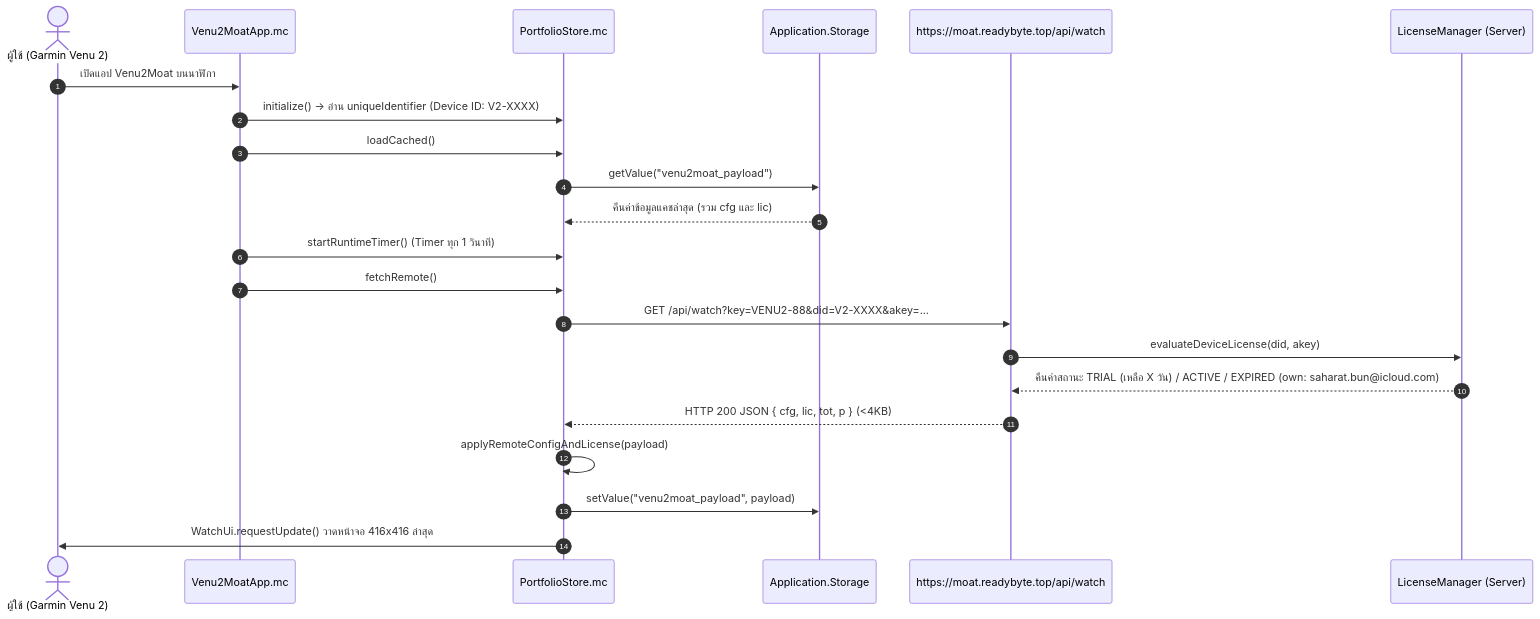
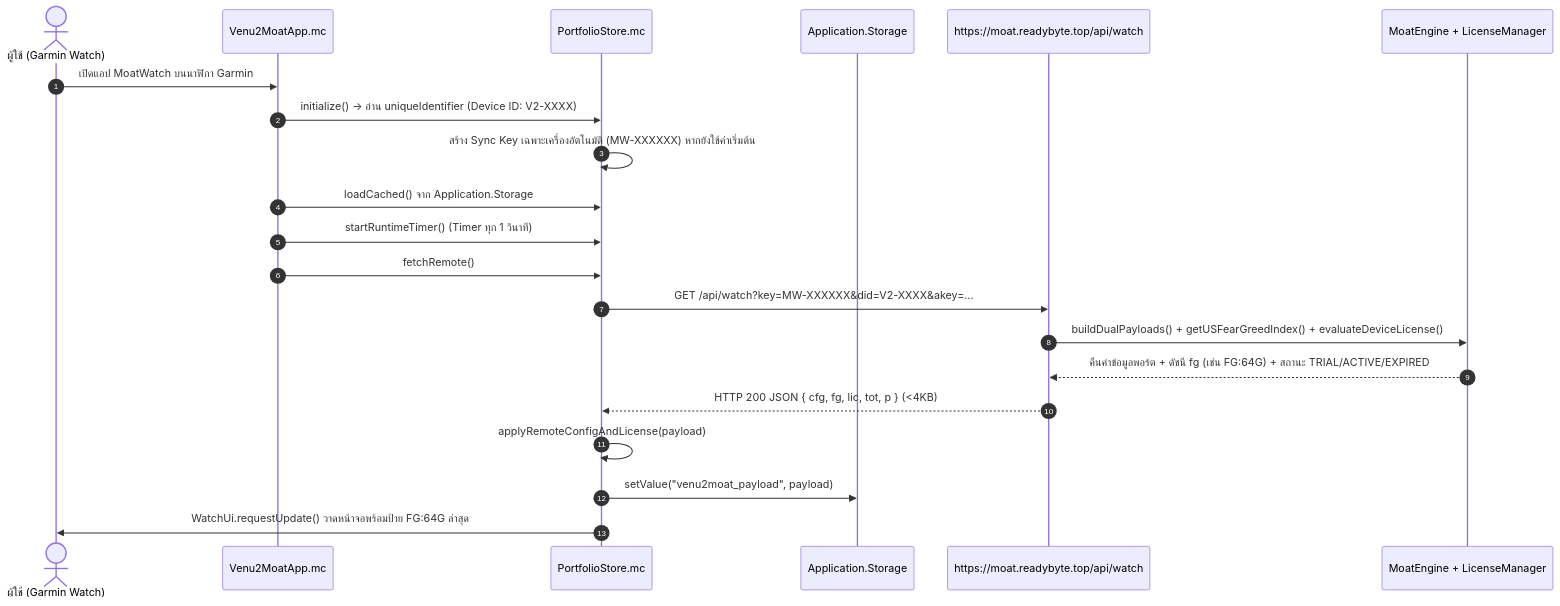
The second of 5 diagrams in docs/03-APP-FLOW-AND-LOGIC-FLOW.md (e24qdy2/garmin-venu2-moat), drawn with Mermaid before and after one commit. The commit also changed other lines of this file and 46 other files, not shown here.

Commit message:
docs & feat: update MoatWatch GitHub reports, Garmin multi-device UI wording, Daily US Fear & Greed Index (FG:xx), and Connect IQ Store assets

````diff
--- a/docs/03-APP-FLOW-AND-LOGIC-FLOW.md
+++ b/docs/03-APP-FLOW-AND-LOGIC-FLOW.md
@@ -52,25 +54,24 @@
 ```mermaid
 sequenceDiagram
     autonumber
-    actor User as ผู้ใช้ (Garmin Venu 2)
+    actor User as ผู้ใช้ (Garmin Watch)
     participant App as Venu2MoatApp.mc
     participant Store as PortfolioStore.mc
     participant Storage as Application.Storage
     participant API as https://moat.readybyte.top/api/watch
-    participant Lic as LicenseManager (Server)
+    participant Engine as MoatEngine + LicenseManager
 
-    User->>App: เปิดแอป Venu2Moat บนนาฬิกา
+    User->>App: เปิดแอป MoatWatch บนนาฬิกา Garmin
     App->>Store: initialize() -> อ่าน uniqueIdentifier (Device ID: V2-XXXX)
-    App->>Store: loadCached()
-    Store->>Storage: getValue("venu2moat_payload")
-    Storage-->>Store: คืนค่าข้อมูลแคชล่าสุด (รวม cfg และ lic)
+    Store->>Store: สร้าง Sync Key เฉพาะเครื่องอัตโนมัติ (MW-XXXXXX) หากยังใช้ค่าเริ่มต้น
+    App->>Store: loadCached() จาก Application.Storage
     App->>Store: startRuntimeTimer() (Timer ทุก 1 วินาที)
     App->>Store: fetchRemote()
-    Store->>API: GET /api/watch?key=VENU2-88&did=V2-XXXX&akey=...
-    API->>Lic: evaluateDeviceLicense(did, akey)
-    Lic-->>API: คืนค่าสถานะ TRIAL (เหลือ X วัน) / ACTIVE / EXPIRED (own: saharat.bun@icloud.com)
-    API-->>Store: HTTP 200 JSON { cfg, lic, tot, p } (<4KB)
+    Store->>API: GET /api/watch?key=MW-XXXXXX&did=V2-XXXX&akey=...
+    API->>Engine: buildDualPayloads() + getUSFearGreedIndex() + evaluateDeviceLicense()
+    Engine-->>API: คืนค่าข้อมูลพอร์ต + ดัชนี fg (เช่น FG:64G) + สถานะ TRIAL/ACTIVE/EXPIRED
+    API-->>Store: HTTP 200 JSON { cfg, fg, lic, tot, p } (<4KB)
     Store->>Store: applyRemoteConfigAndLicense(payload)
     Store->>Storage: setValue("venu2moat_payload", payload)
-    Store->>User: WatchUi.requestUpdate() วาดหน้าจอ 416x416 ล่าสุด
+    Store->>User: WatchUi.requestUpdate() วาดหน้าจอพร้อมป้าย FG:64G ล่าสุด
 ```
````
